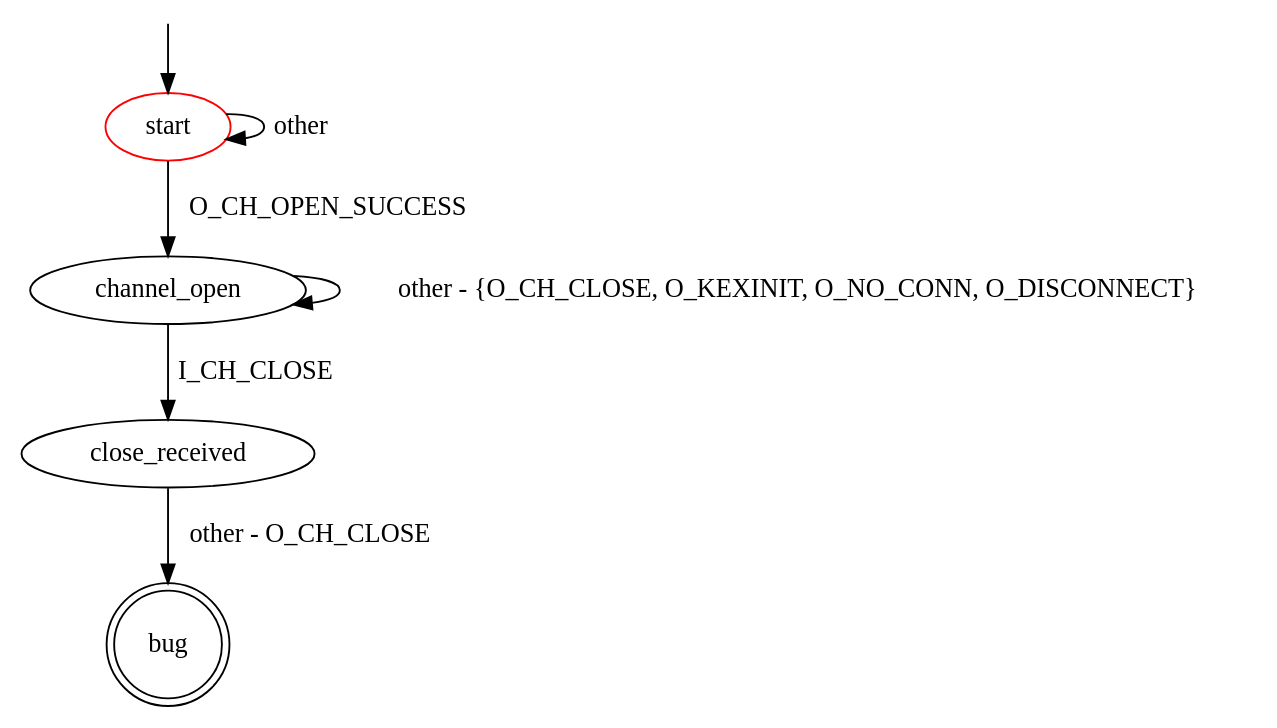
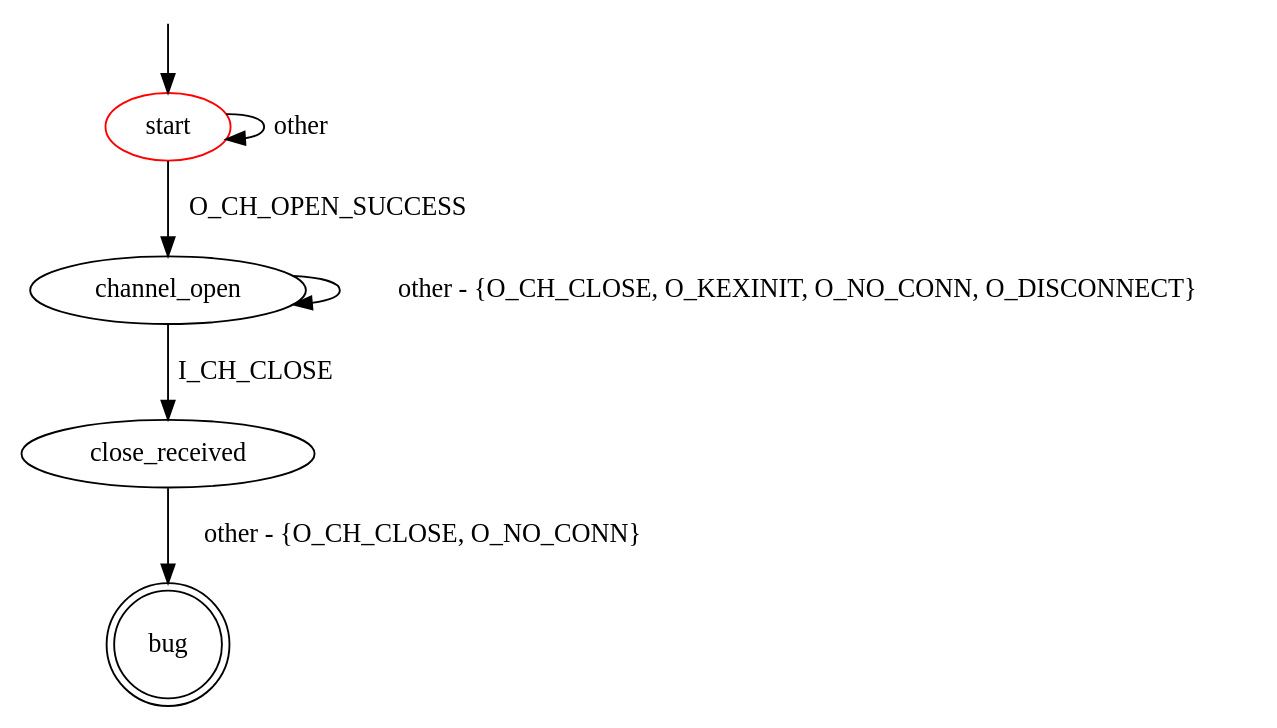
Before and after one commit to assist-project/state-machine-bug-finder: the diagram in src/main/resources/patterns/ssh/invalid_closure_response.dot, drawn with Graphviz. The commit also changed 9 other files, not shown here.

```diff
--- a/src/main/resources/patterns/ssh/invalid_closure_response.dot
+++ b/src/main/resources/patterns/ssh/invalid_closure_response.dot
@@ -1,14 +1,14 @@
 digraph G {
 label=""
 start [color="red"]
 bug [shape="doublecircle"]
 
 start -> channel_open [label="O_CH_OPEN_SUCCESS"]
 start -> start [label="other"]
 channel_open -> close_received [label="I_CH_CLOSE"]
 channel_open -> channel_open [label="other - {O_CH_CLOSE, O_KEXINIT, O_NO_CONN, O_DISCONNECT}"]
-close_received -> bug [label="other - O_CH_CLOSE"]
+close_received -> bug [label="other - {O_CH_CLOSE, O_NO_CONN}"]
 
 __start0 [label="" shape="none" width="0" height="0"];
 __start0 -> start;
 }
```
